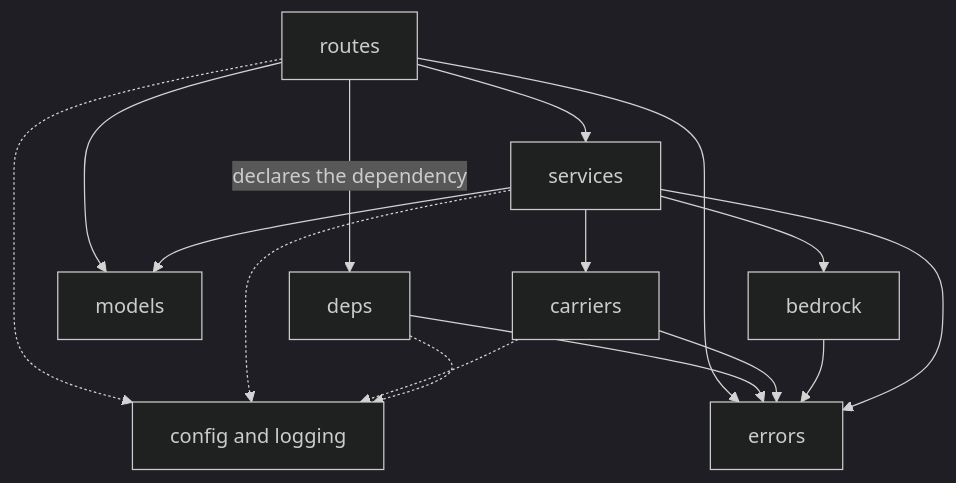
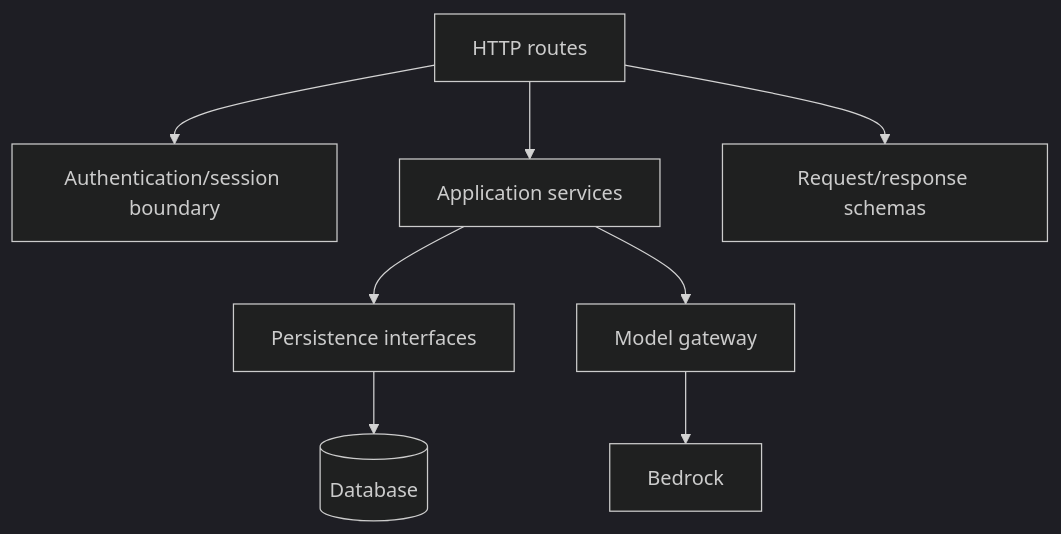
One commit to jacklvd/boomerang changed the diagram in design/boomerang-low-level-design.md. Above: the diagram before and after it, drawn with Mermaid (dark theme). The commit also changed other lines of this file and 2 other files, not shown here.

````diff
--- a/design/boomerang-low-level-design.md
+++ b/design/boomerang-low-level-design.md
@@ -67,18 +101,10 @@
 ```mermaid
 flowchart TD
-    R["routes"] -- "declares the dependency" --> D["deps"]
-    R --> S["services"]
-    R --> E["errors"]
-    R --> M
-    D --> E
-    S --> C["carriers"]
-    S --> B["bedrock"]
-    S --> M["models"]
-    C --> E
-    B --> E
-    S --> E
-    R -.-> ALL["config and logging"]
-    S -.-> ALL
-    C -.-> ALL
-    D -.-> ALL
+    R["HTTP routes"] --> AU["Authentication/session boundary"]
+    R --> S["Application services"]
+    R --> W["Request/response schemas"]
+    S --> P["Persistence interfaces"]
+    S --> M["Model gateway"]
+    P --> DB[("Database")]
+    M --> B["Bedrock"]
 ```
````
